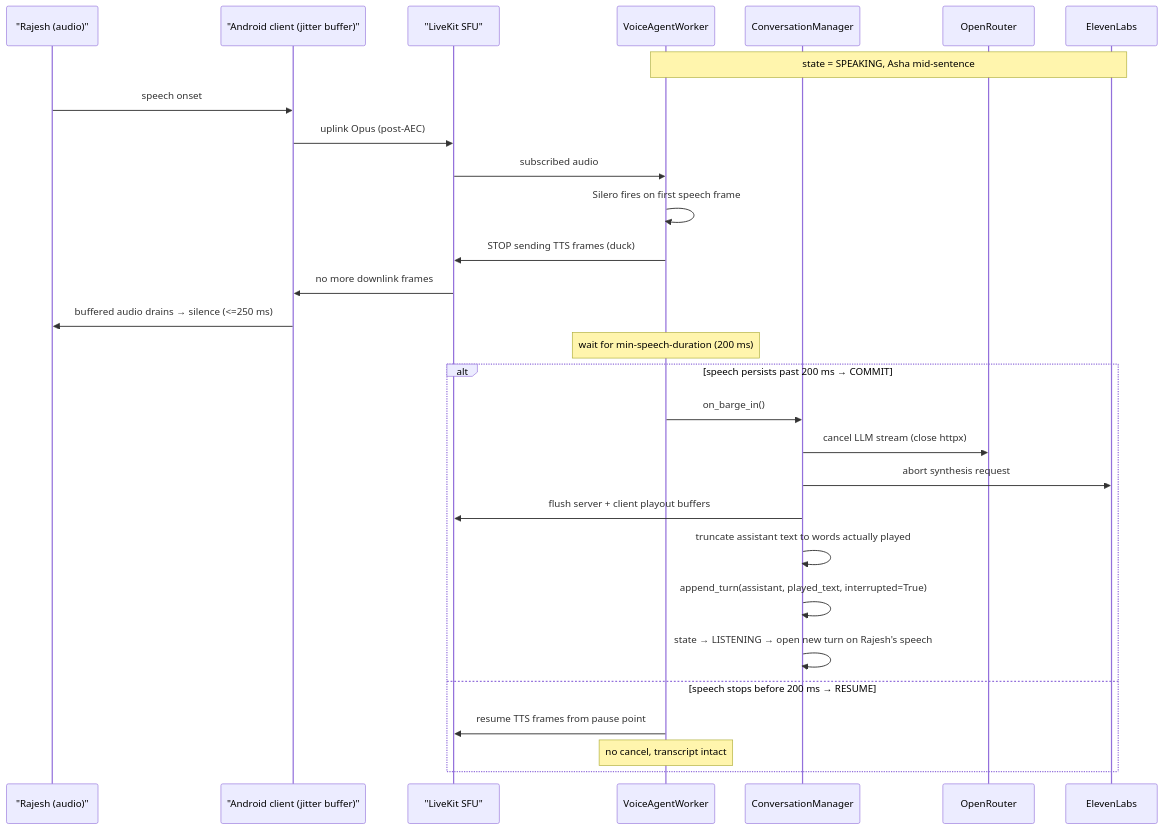
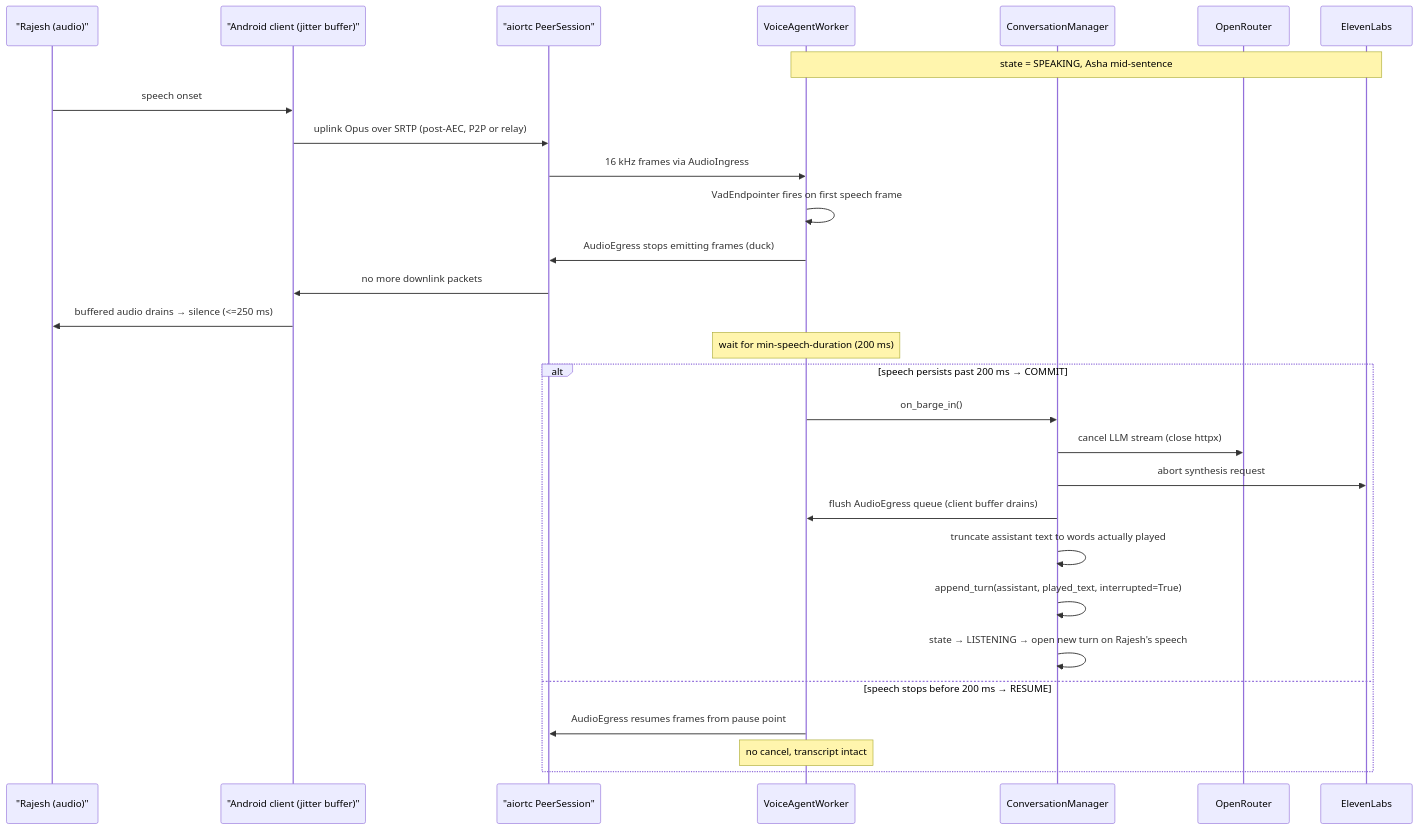
The third of 4 diagrams in docs/06-voice-pipeline.md (bibekanandan892/vyaparpay-voice-agent), drawn with Mermaid before and after one commit. The commit also changed other lines of this file and 22 other files, not shown here.

First line of the commit message:
refactor(arch): replace LiveKit with raw WebRTC (libwebrtc + aiortc)

````diff
--- a/docs/06-voice-pipeline.md
+++ b/docs/06-voice-pipeline.md
@@ -217,31 +274,31 @@
 ```mermaid
 sequenceDiagram
     participant R as "Rajesh (audio)"
     participant CL as "Android client (jitter buffer)"
-    participant LK as "LiveKit SFU"
+    participant PS as "aiortc PeerSession"
     participant VAW as VoiceAgentWorker
     participant CM as ConversationManager
     participant OR as OpenRouter
     participant EL as ElevenLabs
     Note over VAW,EL: state = SPEAKING, Asha mid-sentence
     R->>CL: speech onset
-    CL->>LK: uplink Opus (post-AEC)
-    LK->>VAW: subscribed audio
-    VAW->>VAW: Silero fires on first speech frame
-    VAW->>LK: STOP sending TTS frames (duck)
-    LK->>CL: no more downlink frames
+    CL->>PS: uplink Opus over SRTP (post-AEC, P2P or relay)
+    PS->>VAW: 16 kHz frames via AudioIngress
+    VAW->>VAW: VadEndpointer fires on first speech frame
+    VAW->>PS: AudioEgress stops emitting frames (duck)
+    PS->>CL: no more downlink packets
     CL->>R: buffered audio drains → silence (<=250 ms)
     Note over VAW: wait for min-speech-duration (200 ms)
     alt speech persists past 200 ms → COMMIT
         VAW->>CM: on_barge_in()
         CM->>OR: cancel LLM stream (close httpx)
         CM->>EL: abort synthesis request
-        CM->>LK: flush server + client playout buffers
+        CM->>VAW: flush AudioEgress queue (client buffer drains)
         CM->>CM: truncate assistant text to words actually played
         CM->>CM: append_turn(assistant, played_text, interrupted=True)
         CM->>CM: state → LISTENING → open new turn on Rajesh's speech
     else speech stops before 200 ms → RESUME
-        VAW->>LK: resume TTS frames from pause point
+        VAW->>PS: AudioEgress resumes frames from pause point
         Note over VAW: no cancel, transcript intact
     end
 ```
````
